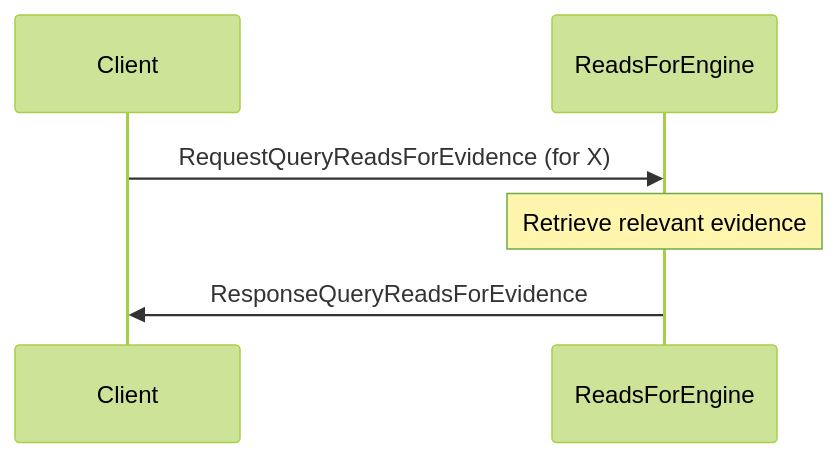
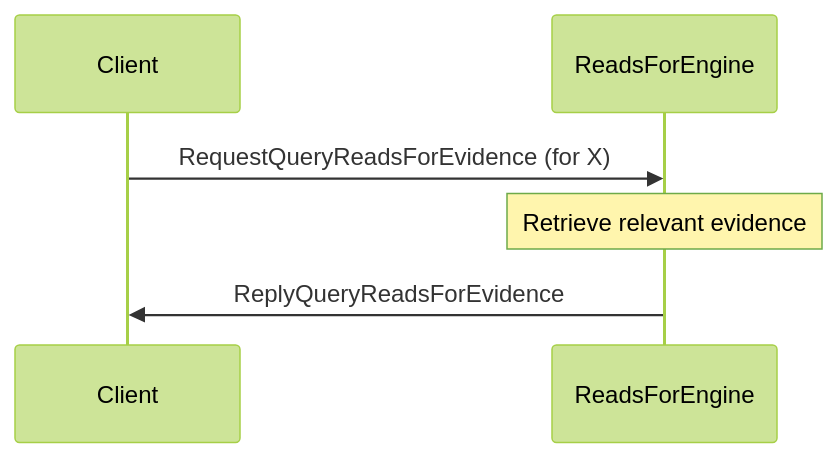
Before and after one commit to anoma/nspec: the third of 3 diagrams in docs/arch/node/engines/reads_for_messages.juvix.md, drawn with Mermaid (forest theme). The commit also changed other lines of this file and 37 other files, not shown here.

Commit message:
Renamed all instances of "Response" to "Reply" in message interfaces for consistency across commitment, decryption, identity management, and other engines.

````diff
--- a/docs/arch/node/engines/reads_for_messages.juvix.md
+++ b/docs/arch/node/engines/reads_for_messages.juvix.md
@@ -81,9 +81,9 @@
 ```mermaid
 sequenceDiagram
     participant Client
     participant ReadsForEngine
 
     Client->>ReadsForEngine: RequestQueryReadsForEvidence (for X)
     Note over ReadsForEngine: Retrieve relevant evidence
-    ReadsForEngine->>Client: ResponseQueryReadsForEvidence
+    ReadsForEngine->>Client: ReplyQueryReadsForEvidence
 ```
````
